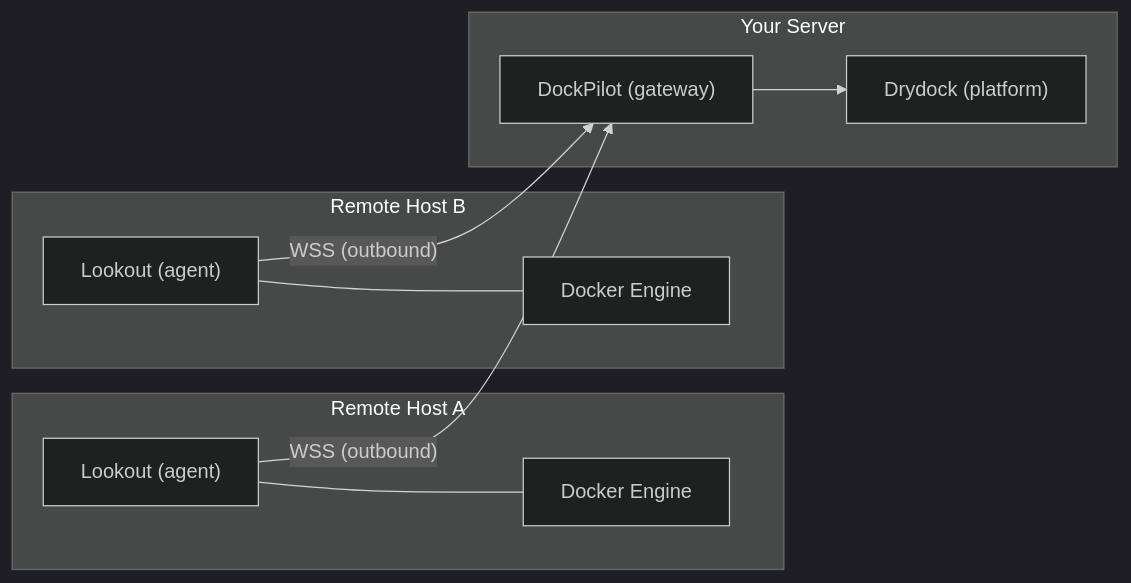
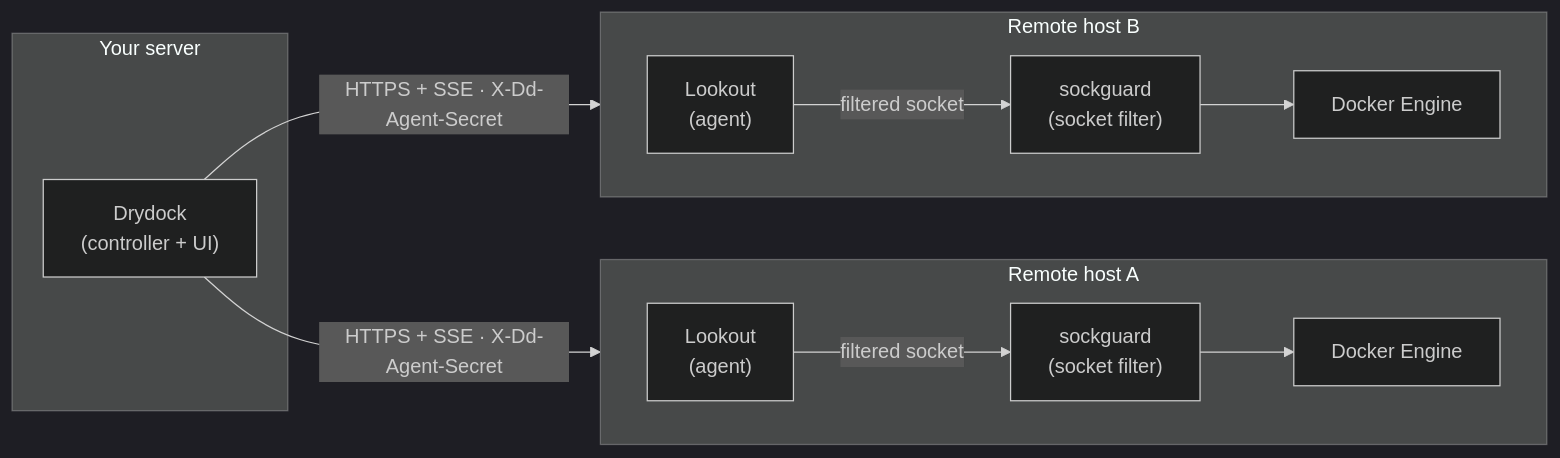
The diagram in README.md (CodesWhat/portwing), drawn with Mermaid (dark theme) before and after one commit. The commit also changed other lines of this file and 4 other files, not shown here.

First line of the commit message:
📝 docs: remove fictional "DockPilot" gateway; document the real Drydock integration

````diff
--- a/README.md
+++ b/README.md
@@ -72,23 +72,25 @@
 ```mermaid
 flowchart LR
-    subgraph hostA ["Remote Host A"]
-        LA["Lookout (agent)"]
-        DA["Docker Engine"]
-        LA --- DA
+    subgraph server ["Your server"]
+        DD["Drydock<br/>(controller + UI)"]
     end
 
-    subgraph hostB ["Remote Host B"]
-        LB["Lookout (agent)"]
-        DB["Docker Engine"]
-        LB --- DB
+    subgraph hostA ["Remote host A"]
+        direction LR
+        LA["Lookout<br/>(agent)"]
+        SGA["sockguard<br/>(socket filter)"]
+        DA["Docker Engine"]
+        LA -- "filtered socket" --> SGA --> DA
     end
 
-    subgraph server ["Your Server"]
-        GW["DockPilot (gateway)"]
-        PF["Drydock (platform)"]
-        GW --> PF
+    subgraph hostB ["Remote host B"]
+        direction LR
+        LB["Lookout<br/>(agent)"]
+        SGB["sockguard<br/>(socket filter)"]
+        DB["Docker Engine"]
+        LB -- "filtered socket" --> SGB --> DB
     end
 
-    LA -- "WSS (outbound)" --> GW
-    LB -- "WSS (outbound)" --> GW
+    DD -- "HTTPS + SSE · X-Dd-Agent-Secret" --> LA
+    DD -- "HTTPS + SSE · X-Dd-Agent-Secret" --> LB
 ```
````
